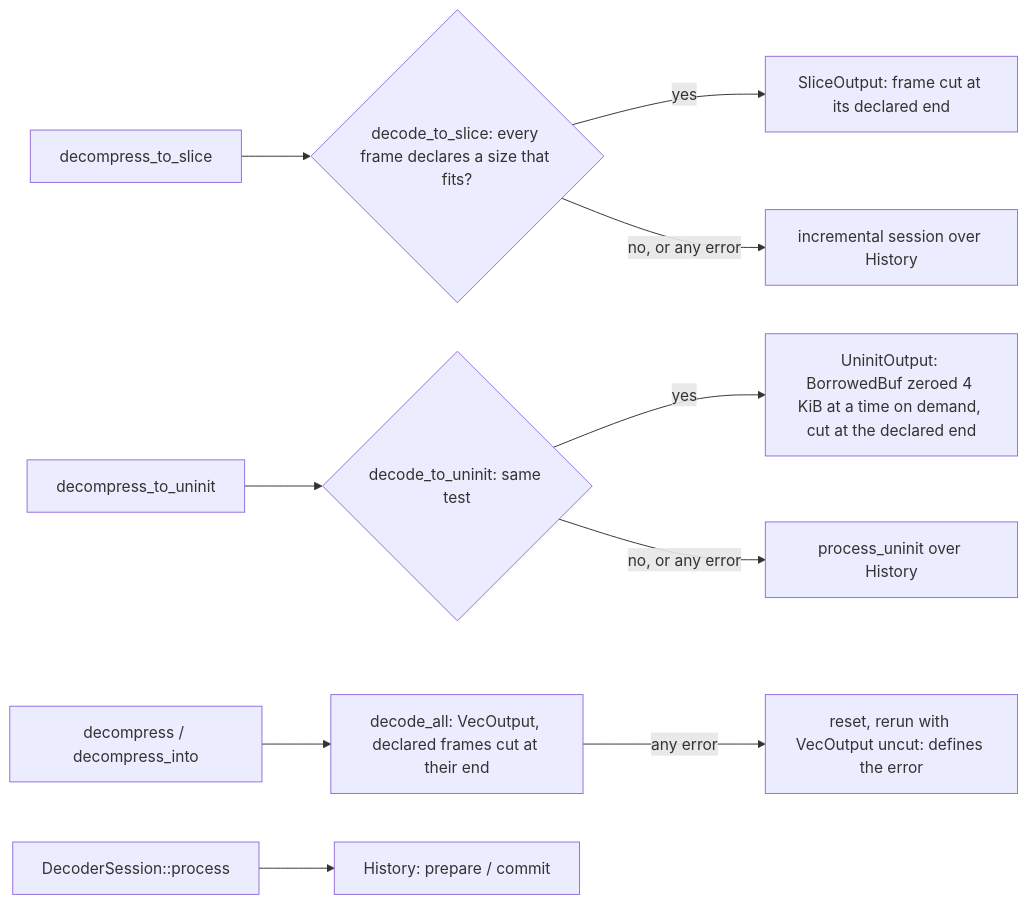
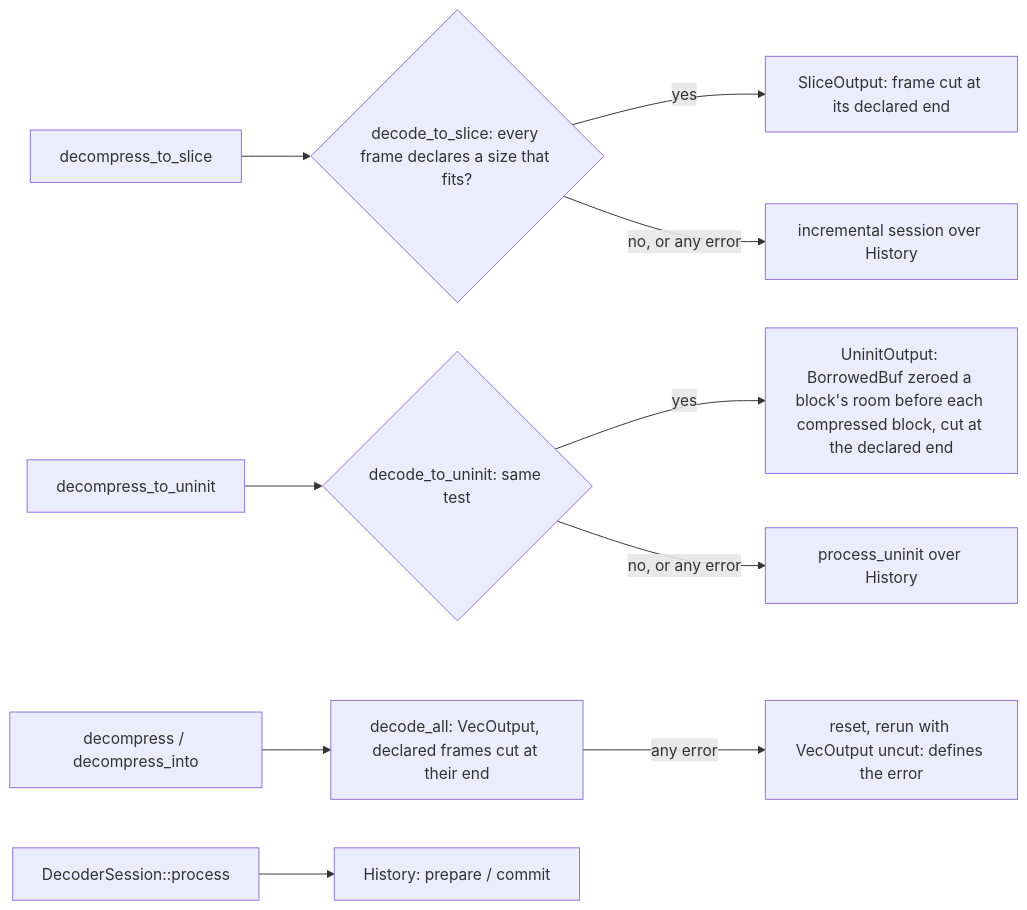
The fifth of 7 diagrams in architecture/decoder-performance.md (M-Compressors/mzstd), drawn with Mermaid before and after one commit. The commit also changed other lines of this file and 14 other files, not shown here.

````diff
--- a/architecture/decoder-performance.md
+++ b/architecture/decoder-performance.md
@@ -334,12 +363,12 @@
 ```mermaid
 flowchart LR
     ToSlice[decompress_to_slice] --> Direct{decode_to_slice: every frame declares a size that fits?}
     Direct -->|yes| Slice[SliceOutput: frame cut at its declared end]
     Direct -->|no, or any error| Session[incremental session over History]
     ToUninit[decompress_to_uninit] --> DirectU{decode_to_uninit: same test}
-    DirectU -->|yes| Uninit[UninitOutput: BorrowedBuf zeroed 4 KiB at a time on demand, cut at the declared end]
+    DirectU -->|yes| Uninit[UninitOutput: BorrowedBuf zeroed a block's room before each compressed block, cut at the declared end]
     DirectU -->|no, or any error| SessionU[process_uninit over History]
     Into[decompress / decompress_into] --> Cut[decode_all: VecOutput, declared frames cut at their end]
     Cut -->|any error| Uncut[reset, rerun with VecOutput uncut: defines the error]
     Process[DecoderSession::process] --> History[History: prepare / commit]
 ```
````
